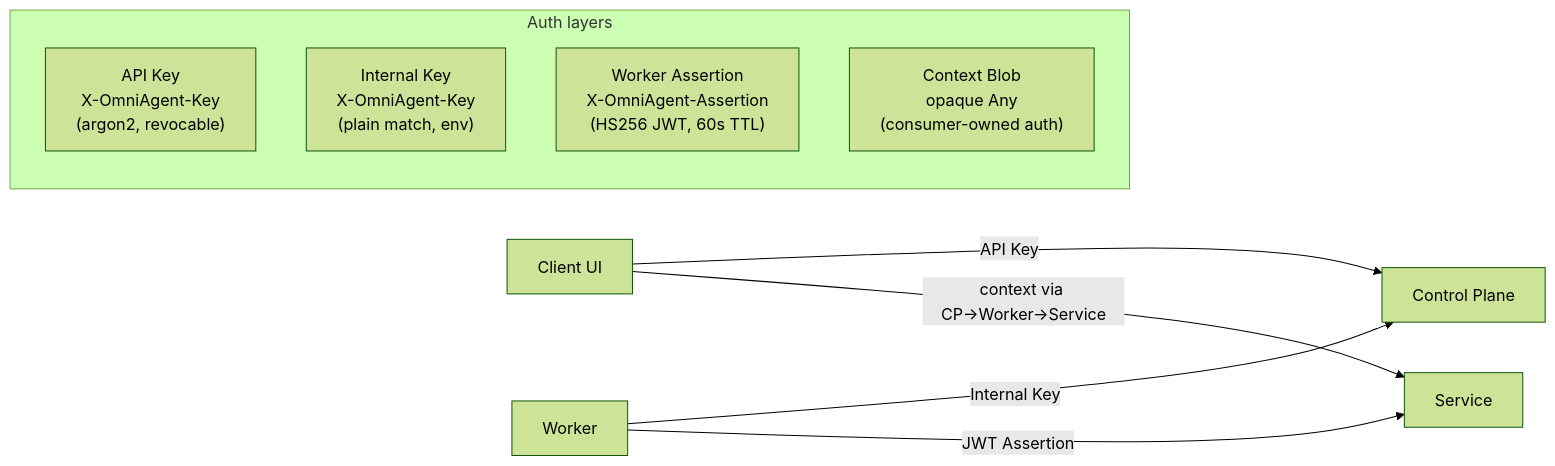
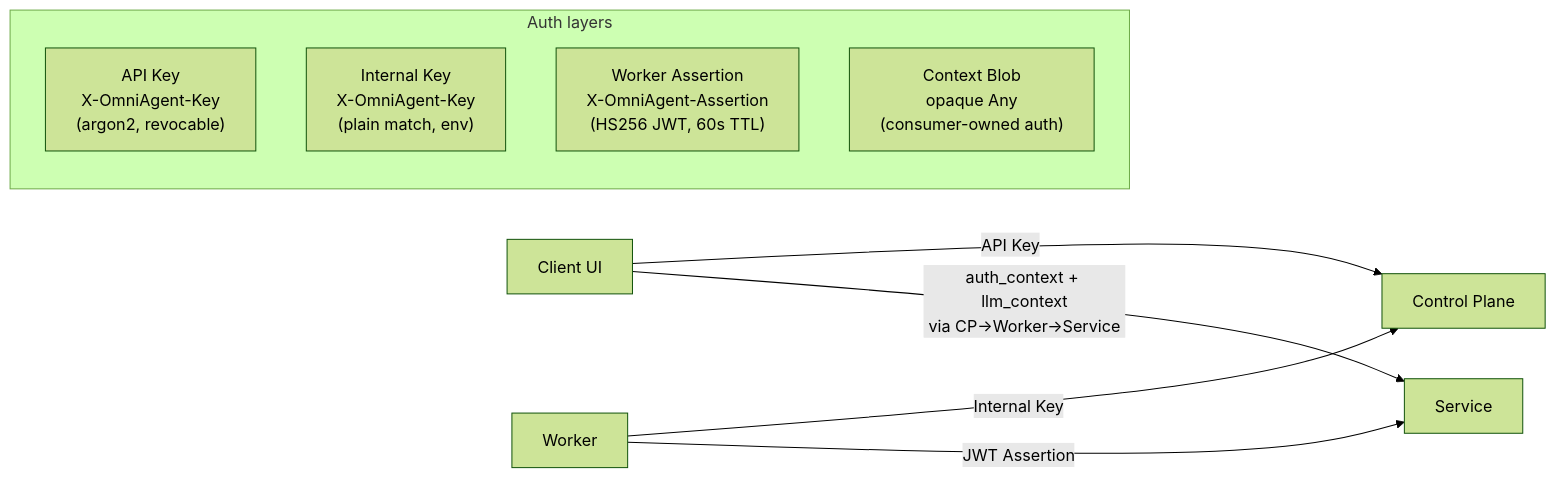
One commit to Sheerabth/omniagent changed the first of 6 diagrams in README.md. Above: the diagram before and after it, drawn with Mermaid (forest theme). The commit also changed other lines of this file and 9 other files, not shown here.

Commit message:
add: auth context and llm context

````diff
--- a/README.md
+++ b/README.md
@@ -17,14 +17,14 @@
 ```mermaid
 flowchart LR
     subgraph Auth["Auth layers"]
         A1["API Key<br/>X-OmniAgent-Key<br/>(argon2, revocable)"]
         A2["Internal Key<br/>X-OmniAgent-Key<br/>(plain match, env)"]
         A3["Worker Assertion<br/>X-OmniAgent-Assertion<br/>(HS256 JWT, 60s TTL)"]
         A4["Context Blob<br/>opaque Any<br/>(consumer-owned auth)"]
     end
 
     Client["Client UI"] -->|"API Key"| CP["Control Plane"]
     Worker -->|"Internal Key"| CP
     Worker -->|"JWT Assertion"| Service["Service"]
-    Client -->|"context via CP→Worker→Service"| Service
+    Client -->|"auth_context + llm_context<br/>via CP→Worker→Service"| Service
 ```
````
